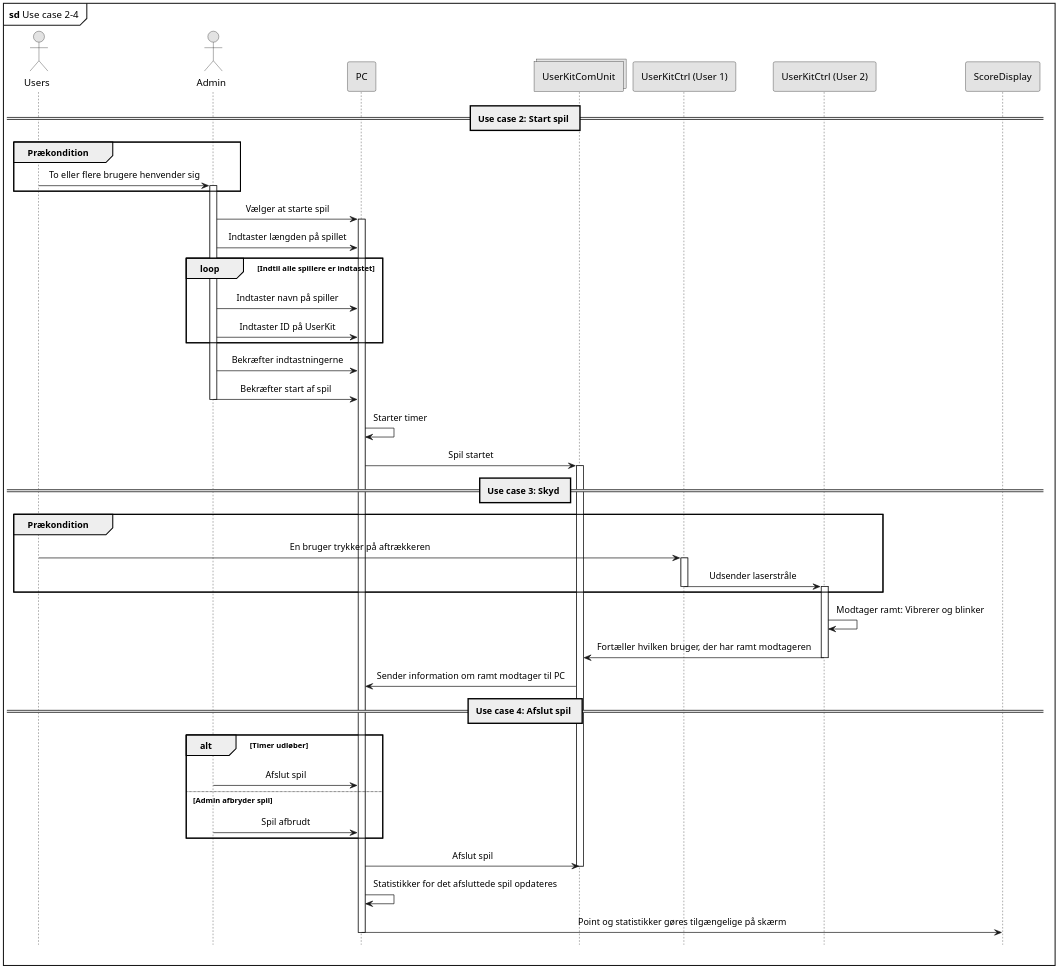
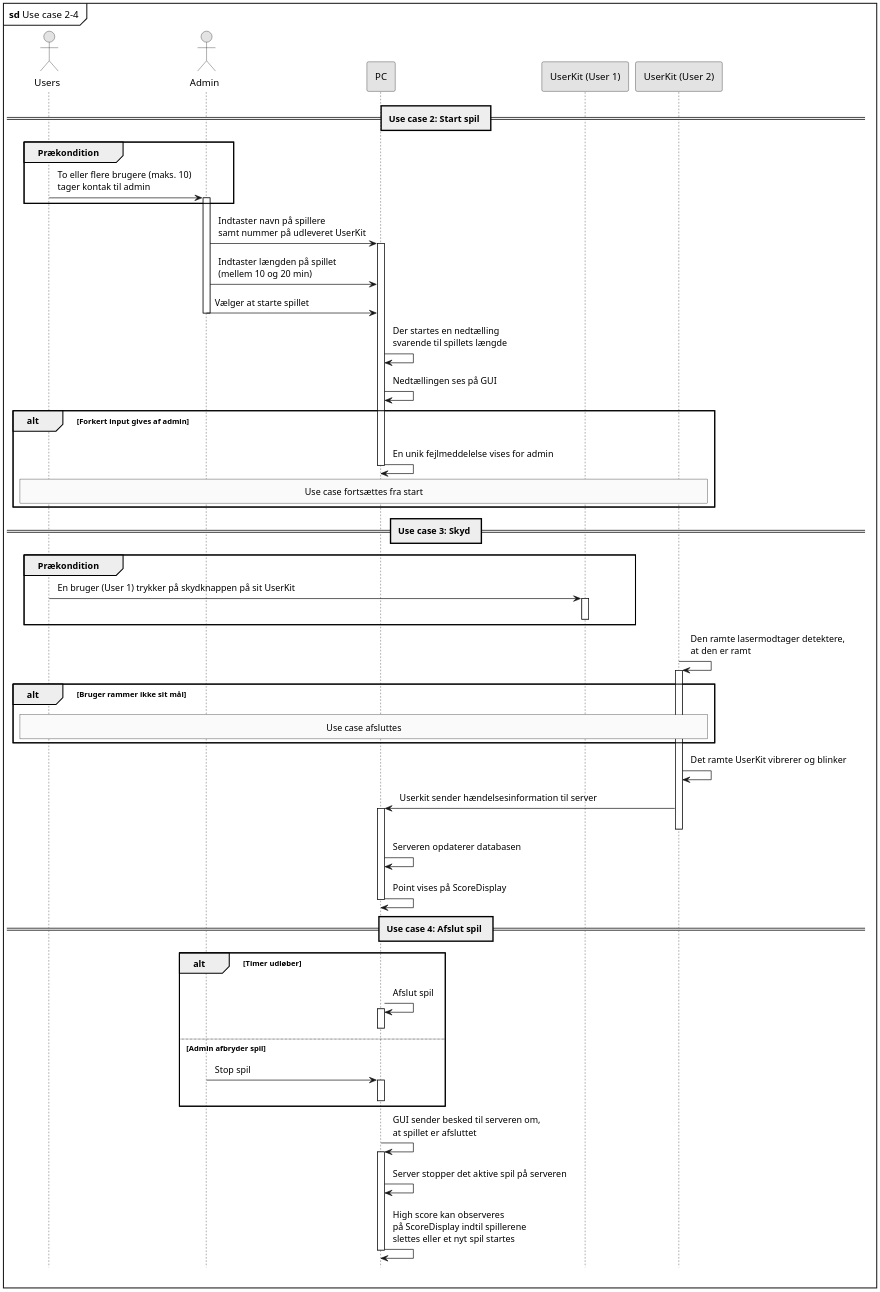
The diagram in PlantUML/src/ssd-uc2-4.plantuml (LasseKrarup/Laser-Tag-Project), drawn with PlantUML before and after one commit. The commit also changed 3 other files, not shown here.

Commit message:
Updated sd diagrams

```diff
--- a/PlantUML/src/ssd-uc2-4.plantuml
+++ b/PlantUML/src/ssd-uc2-4.plantuml
@@ -1,77 +1,83 @@
 @startuml ssd-uc2-4
 
 hide footbox
 
 skinparam {
     monochrome true
     dpi 200
     padding 5
-    sequenceMessageAlign center
+    sequenceMessageAlign left
     packageStyle frame
     shadowing false
     'backgroundColor transparent
 }
 
 mainframe **sd** Use case 2-4
 
 actor Users as users
 actor Admin as admin
 participant "PC"
-collections "UserKitComUnit" as comUnit
-participant "UserKitCtrl (User 1)" as kitCtrl1
-participant "UserKitCtrl (User 2)" as kitCtrl2
-participant "ScoreDisplay" as display
+participant "UserKit (User 1)" as userKit1
+participant "UserKit (User 2)" as userKit2
 
 == Use case 2: Start spil ==
 
 group Prækondition
-    users -> admin: To eller flere brugere henvender sig
-    activate admin
+    users -> admin++: To eller flere brugere (maks. 10)\ntager kontak til admin
 end
 
-admin -> PC: Vælger at starte spil
-activate PC
-admin -> PC: Indtaster længden på spillet
-loop Indtil alle spillere er indtastet
-    admin -> PC: Indtaster navn på spiller
-    admin -> PC: Indtaster ID på UserKit
+admin -> PC++: Indtaster navn på spillere\nsamt nummer på udleveret UserKit
+admin -> PC: Indtaster længden på spillet\n(mellem 10 og 20 min)
+
+admin -> PC: Vælger at starte spillet
+deactivate admin
+PC -> PC: Der startes en nedtælling\nsvarende til spillets længde
+
+PC -> PC: Nedtællingen ses på GUI
+
+alt Forkert input gives af admin
+    PC -> PC: En unik fejlmeddelelse vises for admin
+    deactivate PC
+    rnote over users, userKit2
+        Use case fortsættes fra start
+    endrnote
 end
-admin -> PC: Bekræfter indtastningerne
-admin -> PC: Bekræfter start af spil
-deactivate admin
-PC -> PC: Starter timer
-PC -> comUnit: Spil startet
-activate comUnit
 
 == Use case 3: Skyd ==
 
 group Prækondition
-    users -> kitCtrl1: En bruger trykker på aftrækkeren
-    activate kitCtrl1
-    kitCtrl1 -> kitCtrl2: Udsender laserstråle
-    deactivate kitCtrl1
-    activate kitCtrl2
+    users -> userKit1++: En bruger (User 1) trykker på skydknappen på sit UserKit
+    deactivate userKit1
 end
 
-kitCtrl2 -> kitCtrl2: Modtager ramt: Vibrerer og blinker
-kitCtrl2 -> comUnit: Fortæller hvilken bruger, der har ramt modtageren
-deactivate kitCtrl2
-comUnit -> PC: Sender information om ramt modtager til PC
+userKit2 -> userKit2++: Den ramte lasermodtager detektere,\nat den er ramt
 
+alt Bruger rammer ikke sit mål
+    rnote over users, userKit2
+        Use case afsluttes
+    endrnote
+end
+
+userKit2 -> userKit2: Det ramte UserKit vibrerer og blinker
+userKit2 -> PC++: Userkit sender hændelsesinformation til server
+deactivate userKit2
+PC -> PC: Serveren opdaterer databasen
+PC -> PC: Point vises på ScoreDisplay
+deactivate PC
 
 == Use case 4: Afslut spil ==
 
 alt Timer udløber
-    admin -> PC: Afslut spil
+    PC -> PC++: Afslut spil
+    deactivate PC
 else Admin afbryder spil
-    admin -> PC: Spil afbrudt
+    admin -> PC++: Stop spil
+    deactivate PC
 end
 
-PC -> comUnit: Afslut spil
-deactivate comUnit
-
-PC -> PC: Statistikker for det afsluttede spil opdateres
-PC -> display: Point og statistikker gøres tilgængelige på skærm
+PC -> PC++: GUI sender besked til serveren om,\nat spillet er afsluttet
+PC -> PC: Server stopper det aktive spil på serveren
+PC -> PC: High score kan observeres\npå ScoreDisplay indtil spillerene\nslettes eller et nyt spil startes
 deactivate PC
 
 @enduml
```
